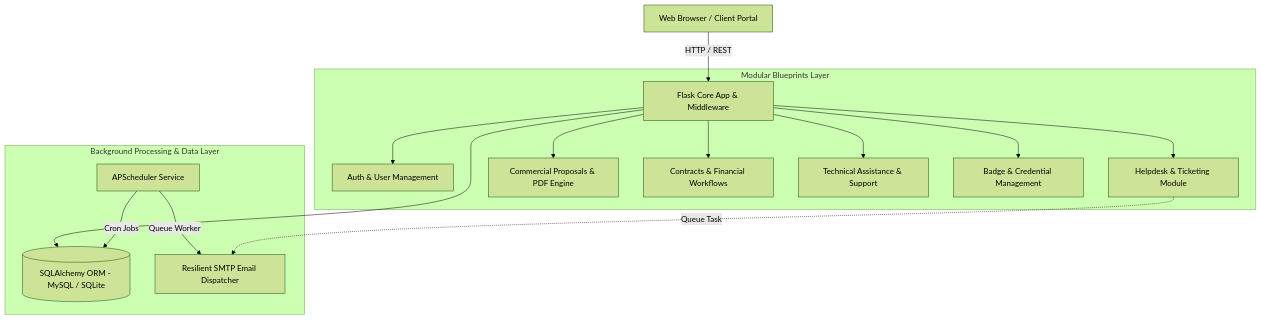
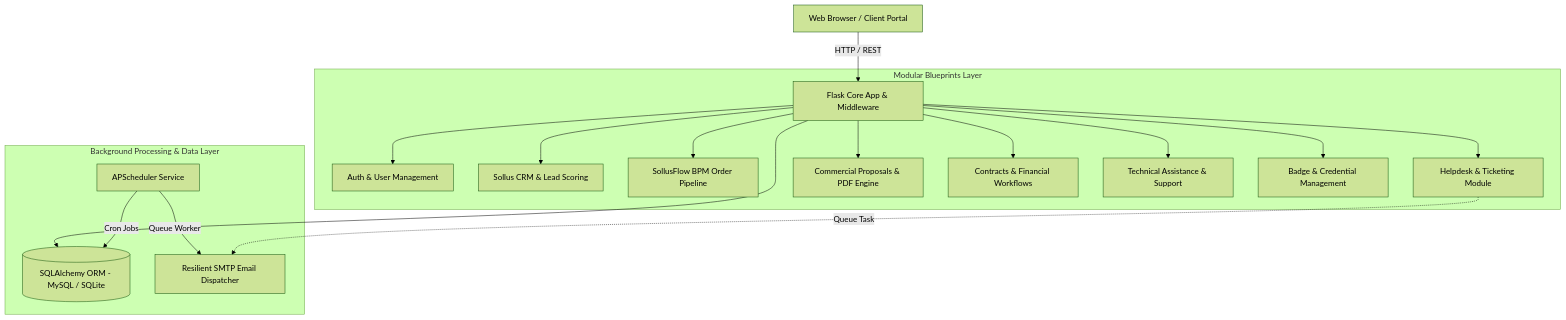
One commit to victoroviana/connected-enterprise-erp changed the diagram in README.md. Above: the diagram before and after it, drawn with Mermaid (forest theme). The commit also changed other lines of this file and 334 other files, not shown here.

First line of the commit message:
feat: major platform evolution - Sollus CRM, SollusFlow BPM, Cyber UI & Architecture (Sep-Oct 2026)

````diff
--- a/README.md
+++ b/README.md
@@ -46,20 +46,22 @@
 ```mermaid
 graph TD
     Client[Web Browser / Client Portal] -->|HTTP / REST| Gateway[Flask Core App & Middleware]
     
     subgraph "Modular Blueprints Layer"
         Gateway --> M_Auth[Auth & User Management]
+        Gateway --> M_CRM[Sollus CRM & Lead Scoring]
+        Gateway --> M_Flow[SollusFlow BPM Order Pipeline]
         Gateway --> M_Tickets[Helpdesk & Ticketing Module]
         Gateway --> M_Proposals[Commercial Proposals & PDF Engine]
         Gateway --> M_Contracts[Contracts & Financial Workflows]
         Gateway --> M_Support[Technical Assistance & Support]
         Gateway --> M_Cards[Badge & Credential Management]
     end
 
     subgraph "Background Processing & Data Layer"
         Gateway --> DB[(SQLAlchemy ORM - MySQL / SQLite)]
         Scheduler[APScheduler Service] -->|Cron Jobs| DB
         Scheduler -->|Queue Worker| Mailer[Resilient SMTP Email Dispatcher]
         M_Tickets -.->|Queue Task| Mailer
     end
 ```
````
